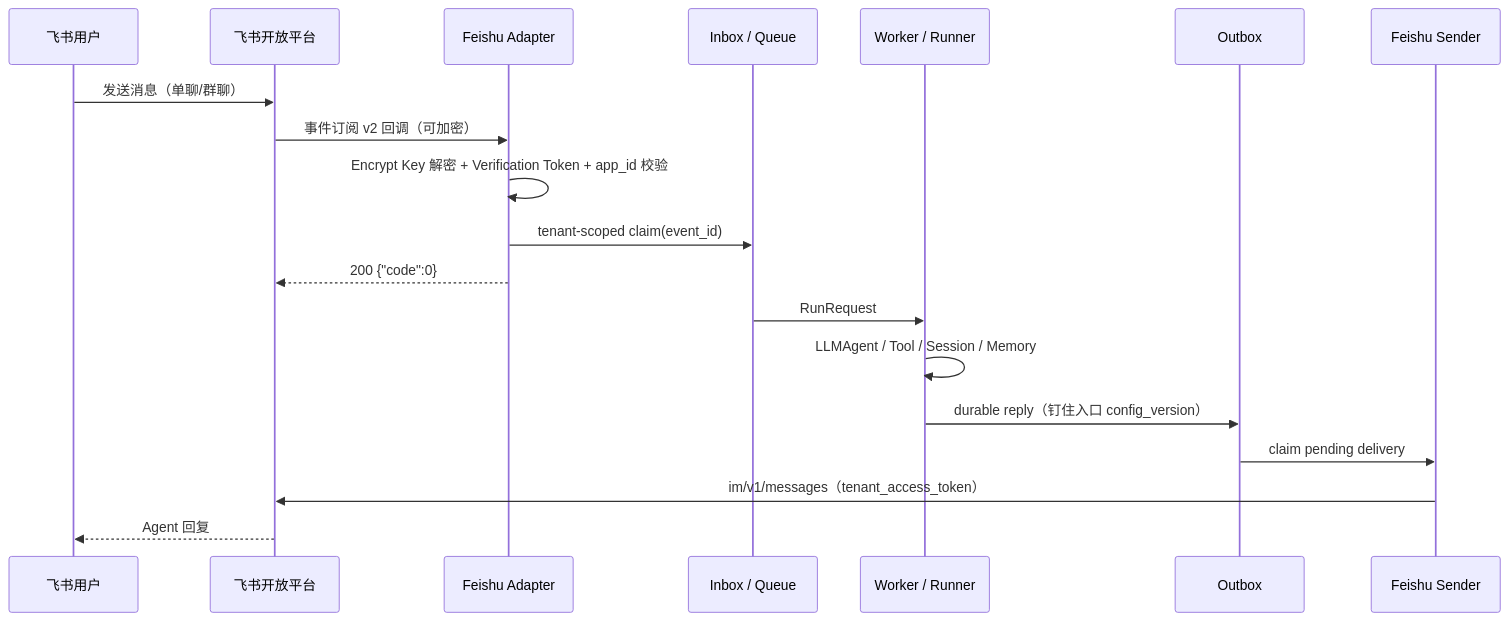
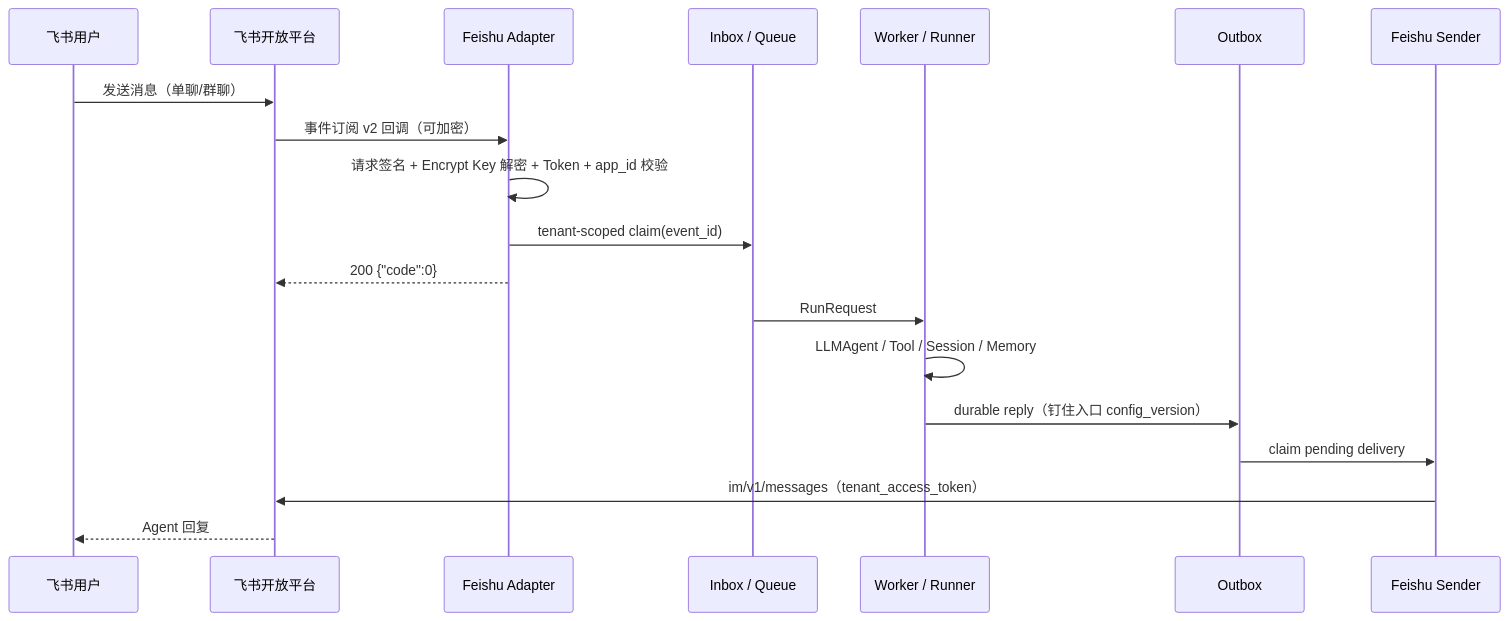
The diagram in docs/feishu.md (Skylm808/trpc-agent-service), drawn with Mermaid before and after one commit. The commit also changed other lines of this file and 5 other files, not shown here.

````diff
--- a/docs/feishu.md
+++ b/docs/feishu.md
@@ -19,21 +20,21 @@
 ```mermaid
 sequenceDiagram
     participant U as 飞书用户
     participant F as 飞书开放平台
     participant A as Feishu Adapter
     participant I as Inbox / Queue
     participant R as Worker / Runner
     participant O as Outbox
     participant S as Feishu Sender
     U->>F: 发送消息（单聊/群聊）
     F->>A: 事件订阅 v2 回调（可加密）
-    A->>A: Encrypt Key 解密 + Verification Token + app_id 校验
+    A->>A: 请求签名 + Encrypt Key 解密 + Token + app_id 校验
     A->>I: tenant-scoped claim(event_id)
     A-->>F: 200 {"code":0}
     I->>R: RunRequest
     R->>R: LLMAgent / Tool / Session / Memory
     R->>O: durable reply（钉住入口 config_version）
     O->>S: claim pending delivery
     S->>F: im/v1/messages（tenant_access_token）
     F-->>U: Agent 回复
 ```
````
